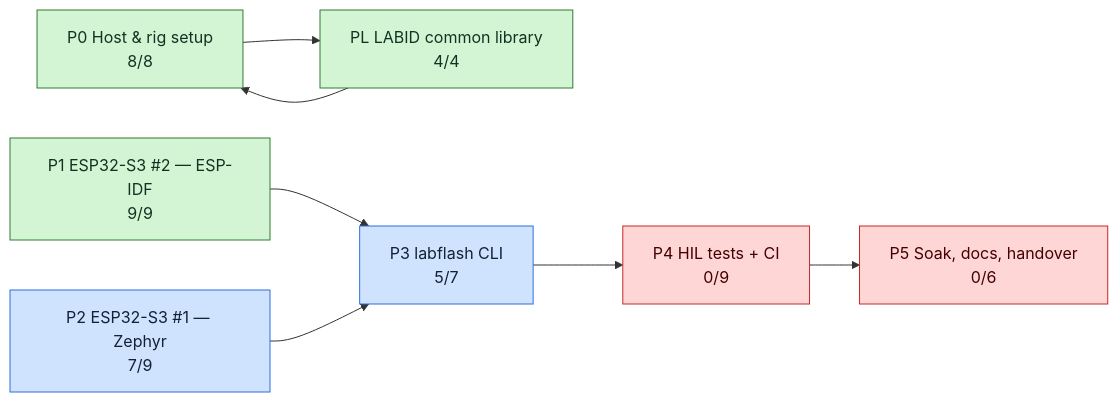
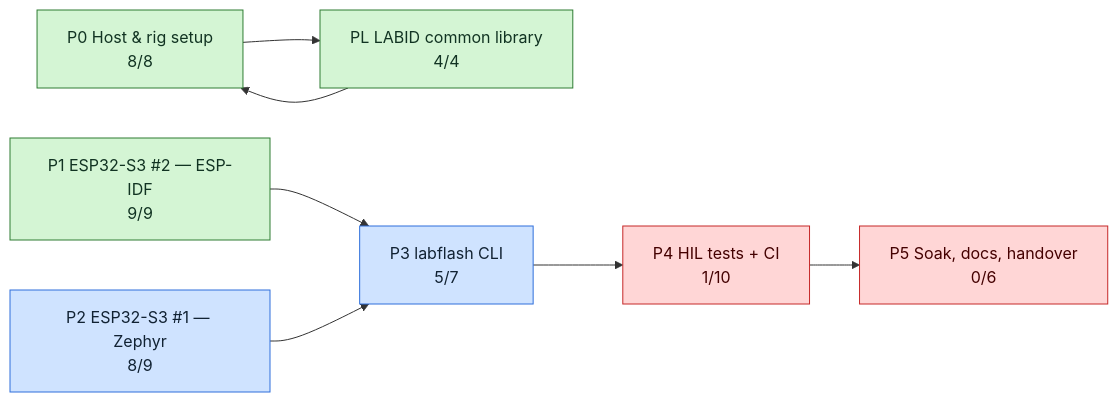
Before and after one commit to mohamed-soubhi/bootlab-esp: the second of 3 diagrams in tickets/TICKETS.md, drawn with Mermaid. The commit also changed other lines of this file and 13 other files, not shown here.

````diff
--- a/tickets/TICKETS.md
+++ b/tickets/TICKETS.md
@@ -36,20 +36,20 @@
 ```mermaid
 flowchart LR
     E0["P0 Host & rig setup<br/>8/8"]:::done
     EL["PL LABID common library<br/>4/4"]:::done
     E1["P1 ESP32-S3 #2 — ESP-IDF<br/>9/9"]:::done
-    E2["P2 ESP32-S3 #1 — Zephyr<br/>7/9"]:::doing
+    E2["P2 ESP32-S3 #1 — Zephyr<br/>8/9"]:::doing
     E3["P3 labflash CLI<br/>5/7"]:::doing
-    E4["P4 HIL tests + CI<br/>0/9"]:::blocked
+    E4["P4 HIL tests + CI<br/>1/10"]:::blocked
     E5["P5 Soak, docs, handover<br/>0/6"]:::blocked
     E0 --> EL
     E1 --> E3
     E2 --> E3
     E3 --> E4
     E4 --> E5
     EL --> E0
     classDef todo fill:#eeeeee,stroke:#999,color:#333
     classDef doing fill:#cfe3ff,stroke:#2f6fdb,color:#123
     classDef blocked fill:#ffd6d6,stroke:#c62828,color:#400
     classDef done fill:#d4f5d4,stroke:#2e7d32,color:#132
 ```
````
